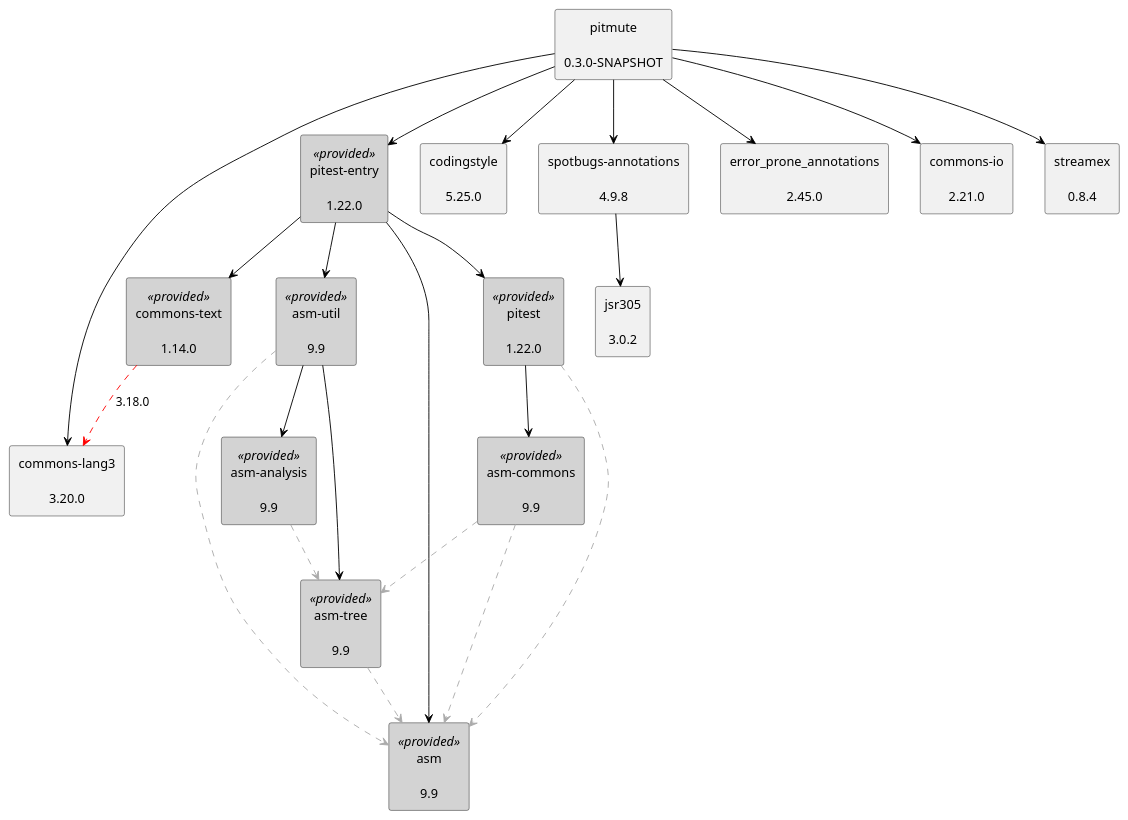
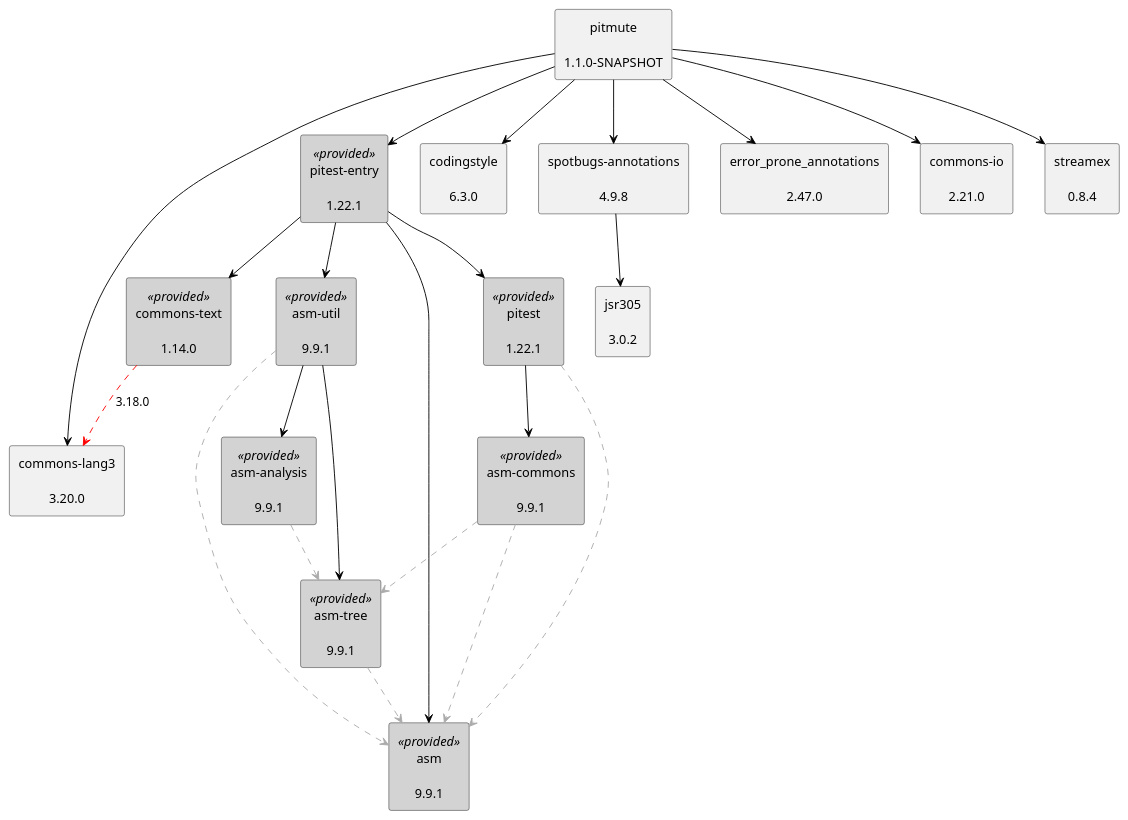
One commit to uhafner/pitmute changed the diagram in doc/dependency-graph.puml. Above: the diagram before and after it, drawn with PlantUML.

Commit message:
Update dependency graph to latest versions from POM

```diff
--- a/doc/dependency-graph.puml
+++ b/doc/dependency-graph.puml
@@ -1,47 +1,47 @@
 @startuml
 skinparam defaultTextAlignment center
 skinparam rectangle {
   BackgroundColor<<optional>> beige
   BackgroundColor<<test>> lightGreen
   BackgroundColor<<runtime>> lightBlue
   BackgroundColor<<provided>> lightGray
 }
-rectangle "pitest\n\n1.22.0" as org_pitest_pitest_jar<<provided>>
-rectangle "asm\n\n9.9" as org_ow2_asm_asm_jar<<provided>>
-rectangle "asm-commons\n\n9.9" as org_ow2_asm_asm_commons_jar<<provided>>
-rectangle "asm-tree\n\n9.9" as org_ow2_asm_asm_tree_jar<<provided>>
-rectangle "pitest-entry\n\n1.22.0" as org_pitest_pitest_entry_jar<<provided>>
-rectangle "asm-util\n\n9.9" as org_ow2_asm_asm_util_jar<<provided>>
-rectangle "asm-analysis\n\n9.9" as org_ow2_asm_asm_analysis_jar<<provided>>
+rectangle "pitest\n\n1.22.1" as org_pitest_pitest_jar<<provided>>
+rectangle "asm\n\n9.9.1" as org_ow2_asm_asm_jar<<provided>>
+rectangle "asm-commons\n\n9.9.1" as org_ow2_asm_asm_commons_jar<<provided>>
+rectangle "asm-tree\n\n9.9.1" as org_ow2_asm_asm_tree_jar<<provided>>
+rectangle "pitest-entry\n\n1.22.1" as org_pitest_pitest_entry_jar<<provided>>
+rectangle "asm-util\n\n9.9.1" as org_ow2_asm_asm_util_jar<<provided>>
+rectangle "asm-analysis\n\n9.9.1" as org_ow2_asm_asm_analysis_jar<<provided>>
 rectangle "commons-text\n\n1.14.0" as org_apache_commons_commons_text_jar<<provided>>
 rectangle "commons-lang3\n\n3.20.0" as org_apache_commons_commons_lang3_jar
-rectangle "pitmute\n\n0.3.0-SNAPSHOT" as edu_hm_hafner_pitmute_jar
-rectangle "codingstyle\n\n5.25.0" as edu_hm_hafner_codingstyle_jar
+rectangle "pitmute\n\n1.1.0-SNAPSHOT" as edu_hm_hafner_pitmute_jar
+rectangle "codingstyle\n\n6.3.0" as edu_hm_hafner_codingstyle_jar
 rectangle "spotbugs-annotations\n\n4.9.8" as com_github_spotbugs_spotbugs_annotations_jar
 rectangle "jsr305\n\n3.0.2" as com_google_code_findbugs_jsr305_jar
-rectangle "error_prone_annotations\n\n2.45.0" as com_google_errorprone_error_prone_annotations_jar
+rectangle "error_prone_annotations\n\n2.47.0" as com_google_errorprone_error_prone_annotations_jar
 rectangle "commons-io\n\n2.21.0" as commons_io_commons_io_jar
 rectangle "streamex\n\n0.8.4" as one_util_streamex_jar
 org_pitest_pitest_jar .[#ABABAB].> org_ow2_asm_asm_jar
 org_ow2_asm_asm_commons_jar .[#ABABAB].> org_ow2_asm_asm_jar
 org_ow2_asm_asm_commons_jar .[#ABABAB].> org_ow2_asm_asm_tree_jar
 org_pitest_pitest_jar -[#000000]-> org_ow2_asm_asm_commons_jar
 org_pitest_pitest_entry_jar -[#000000]-> org_pitest_pitest_jar
 org_pitest_pitest_entry_jar -[#000000]-> org_ow2_asm_asm_jar
 org_ow2_asm_asm_util_jar .[#ABABAB].> org_ow2_asm_asm_jar
 org_ow2_asm_asm_tree_jar .[#ABABAB].> org_ow2_asm_asm_jar
 org_ow2_asm_asm_util_jar -[#000000]-> org_ow2_asm_asm_tree_jar
 org_ow2_asm_asm_analysis_jar .[#ABABAB].> org_ow2_asm_asm_tree_jar
 org_ow2_asm_asm_util_jar -[#000000]-> org_ow2_asm_asm_analysis_jar
 org_pitest_pitest_entry_jar -[#000000]-> org_ow2_asm_asm_util_jar
 org_apache_commons_commons_text_jar .[#FF0000].> org_apache_commons_commons_lang3_jar: 3.18.0
 org_pitest_pitest_entry_jar -[#000000]-> org_apache_commons_commons_text_jar
 edu_hm_hafner_pitmute_jar -[#000000]-> org_pitest_pitest_entry_jar
 edu_hm_hafner_pitmute_jar -[#000000]-> edu_hm_hafner_codingstyle_jar
 com_github_spotbugs_spotbugs_annotations_jar -[#000000]-> com_google_code_findbugs_jsr305_jar
 edu_hm_hafner_pitmute_jar -[#000000]-> com_github_spotbugs_spotbugs_annotations_jar
 edu_hm_hafner_pitmute_jar -[#000000]-> com_google_errorprone_error_prone_annotations_jar
 edu_hm_hafner_pitmute_jar -[#000000]-> org_apache_commons_commons_lang3_jar
 edu_hm_hafner_pitmute_jar -[#000000]-> commons_io_commons_io_jar
 edu_hm_hafner_pitmute_jar -[#000000]-> one_util_streamex_jar
 @enduml
```
